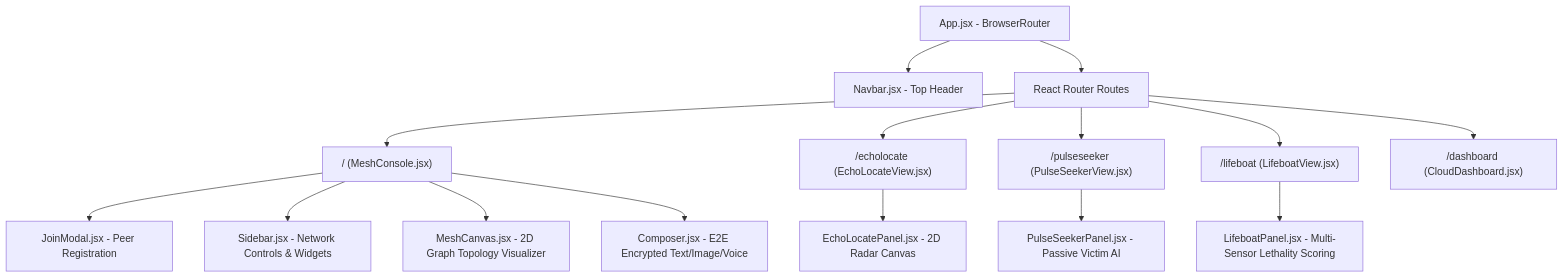
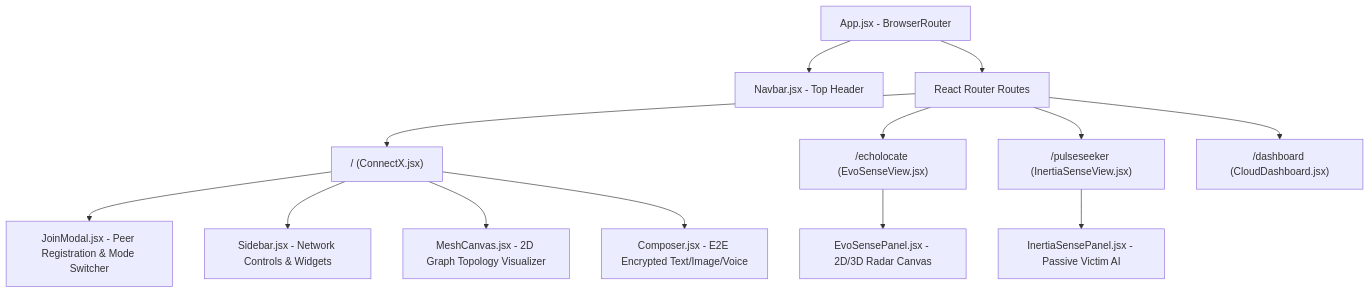
Before and after one commit to jackhenry006/ZoneSync: the diagram in FRONTEND_LAYOUT.md, drawn with Mermaid. The commit also changed other lines of this file and 24 other files, not shown here.

Commit message:
feat: add ConnectX page component for mesh network peer management and messaging UI

````diff
--- a/FRONTEND_LAYOUT.md
+++ b/FRONTEND_LAYOUT.md
@@ -11,20 +11,18 @@
 ```mermaid
 graph TD
   App[App.jsx - BrowserRouter] --> Navbar[Navbar.jsx - Top Header]
   App --> Routes[React Router Routes]
   
-  Routes --> Route1["/ (MeshConsole.jsx)"]
-  Routes --> Route2["/echolocate (EchoLocateView.jsx)"]
-  Routes --> Route3["/pulseseeker (PulseSeekerView.jsx)"]
-  Routes --> Route4["/lifeboat (LifeboatView.jsx)"]
-  Routes --> Route5["/dashboard (CloudDashboard.jsx)"]
+  Routes --> Route1["/ (ConnectX.jsx)"]
+  Routes --> Route2["/echolocate (EvoSenseView.jsx)"]
+  Routes --> Route3["/pulseseeker (InertiaSenseView.jsx)"]
+  Routes --> Route4["/dashboard (CloudDashboard.jsx)"]
 
-  Route1 --> JoinModal[JoinModal.jsx - Peer Registration]
+  Route1 --> JoinModal[JoinModal.jsx - Peer Registration & Mode Switcher]
   Route1 --> Sidebar[Sidebar.jsx - Network Controls & Widgets]
   Route1 --> Canvas[MeshCanvas.jsx - 2D Graph Topology Visualizer]
   Route1 --> Composer[Composer.jsx - E2E Encrypted Text/Image/Voice]
 
-  Route2 --> EchoLocatePanel[EchoLocatePanel.jsx - 2D Radar Canvas]
-  Route3 --> PulseSeekerPanel[PulseSeekerPanel.jsx - Passive Victim AI]
-  Route4 --> LifeboatPanel[LifeboatPanel.jsx - Multi-Sensor Lethality Scoring]
+  Route2 --> EvoSensePanel[EvoSensePanel.jsx - 2D/3D Radar Canvas]
+  Route3 --> InertiaSensePanel[InertiaSensePanel.jsx - Passive Victim AI]
 ```
````
